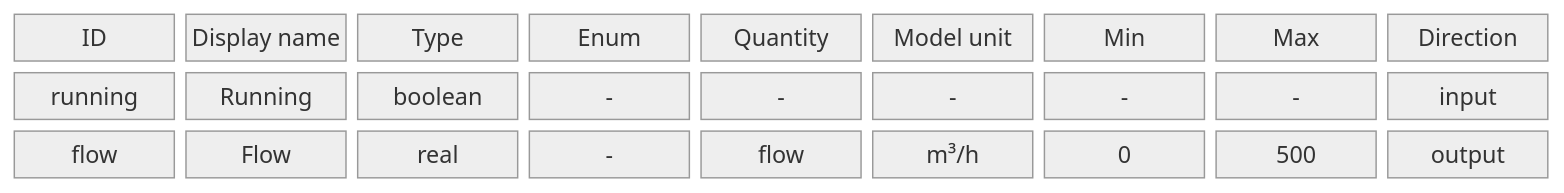
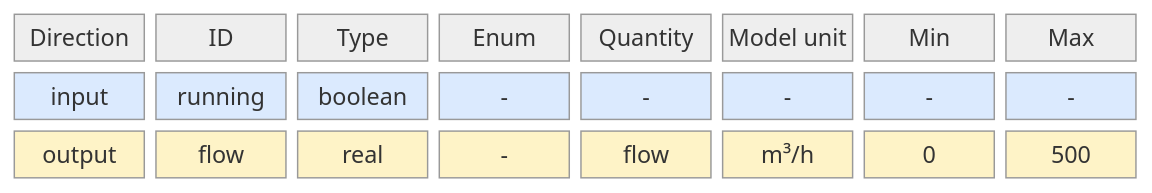
Before and after one commit to AlexandreGallais/synoptic-studio-spec: the second of 2 diagrams in metadata/04-signals.md, drawn with Mermaid (neutral theme). The commit also changed other lines of this file and 11 other files, not shown here.

````diff
--- a/metadata/04-signals.md
+++ b/metadata/04-signals.md
@@ -85,7 +85,23 @@
 ```mermaid
 block-beta
-    columns 9
-    h1["ID"] h0["Display name"] h2["Type"] h3["Enum"] h4["Quantity"] h5["Model unit"] h6["Min"] h7["Max"] h8["Direction"]
-    r1["running"] r0["Running"] r2["boolean"] r3["-"] r4["-"] r5["-"] r6["-"] r7["-"] r8["input"]
-    s1["flow"] s0["Flow"] s2["real"] s3["-"] s4["flow"] s5["m³/h"] s6["0"] s7["500"] s8["output"]
+    columns 8
+    h8["Direction"] h1["ID"] h2["Type"] h3["Enum"] h4["Quantity"] h5["Model unit"] h6["Min"] h7["Max"]
+    r8["input"] r1["running"] r2["boolean"] r3["-"] r4["-"] r5["-"] r6["-"] r7["-"]
+    s8["output"] s1["flow"] s2["real"] s3["-"] s4["flow"] s5["m³/h"] s6["0"] s7["500"]
+    style r8 fill:#dbeafe
+    style r1 fill:#dbeafe
+    style r2 fill:#dbeafe
+    style r3 fill:#dbeafe
+    style r4 fill:#dbeafe
+    style r5 fill:#dbeafe
+    style r6 fill:#dbeafe
+    style r7 fill:#dbeafe
+    style s8 fill:#fef3c7
+    style s1 fill:#fef3c7
+    style s2 fill:#fef3c7
+    style s3 fill:#fef3c7
+    style s4 fill:#fef3c7
+    style s5 fill:#fef3c7
+    style s6 fill:#fef3c7
+    style s7 fill:#fef3c7
 ```
````
